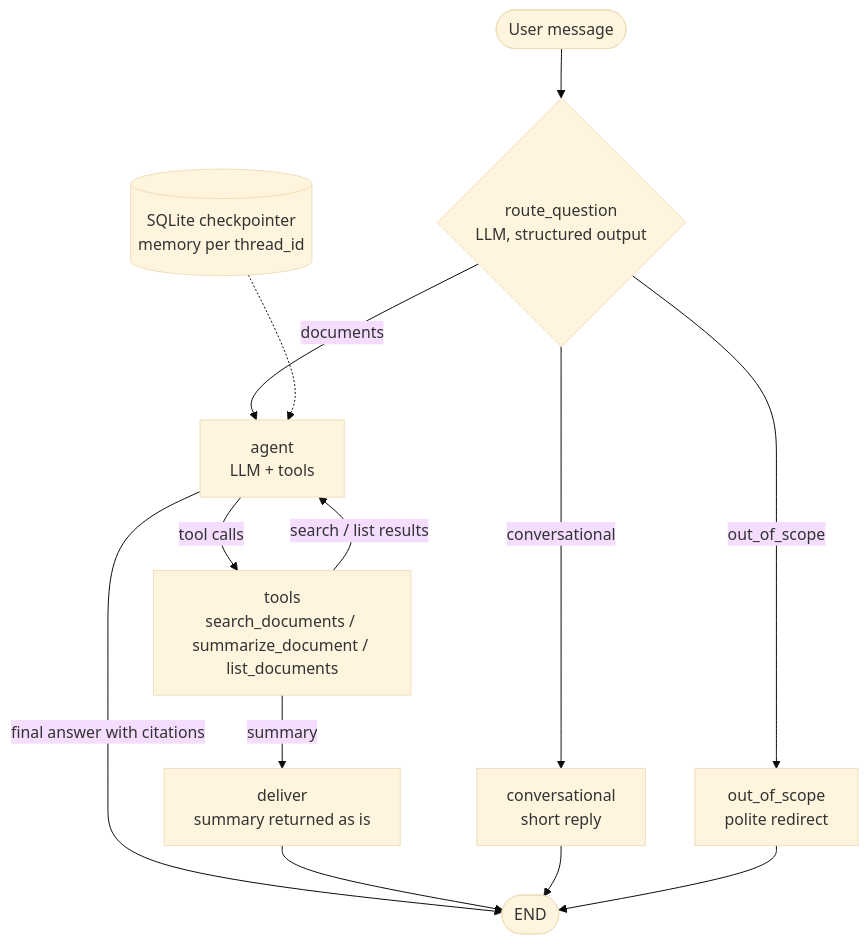
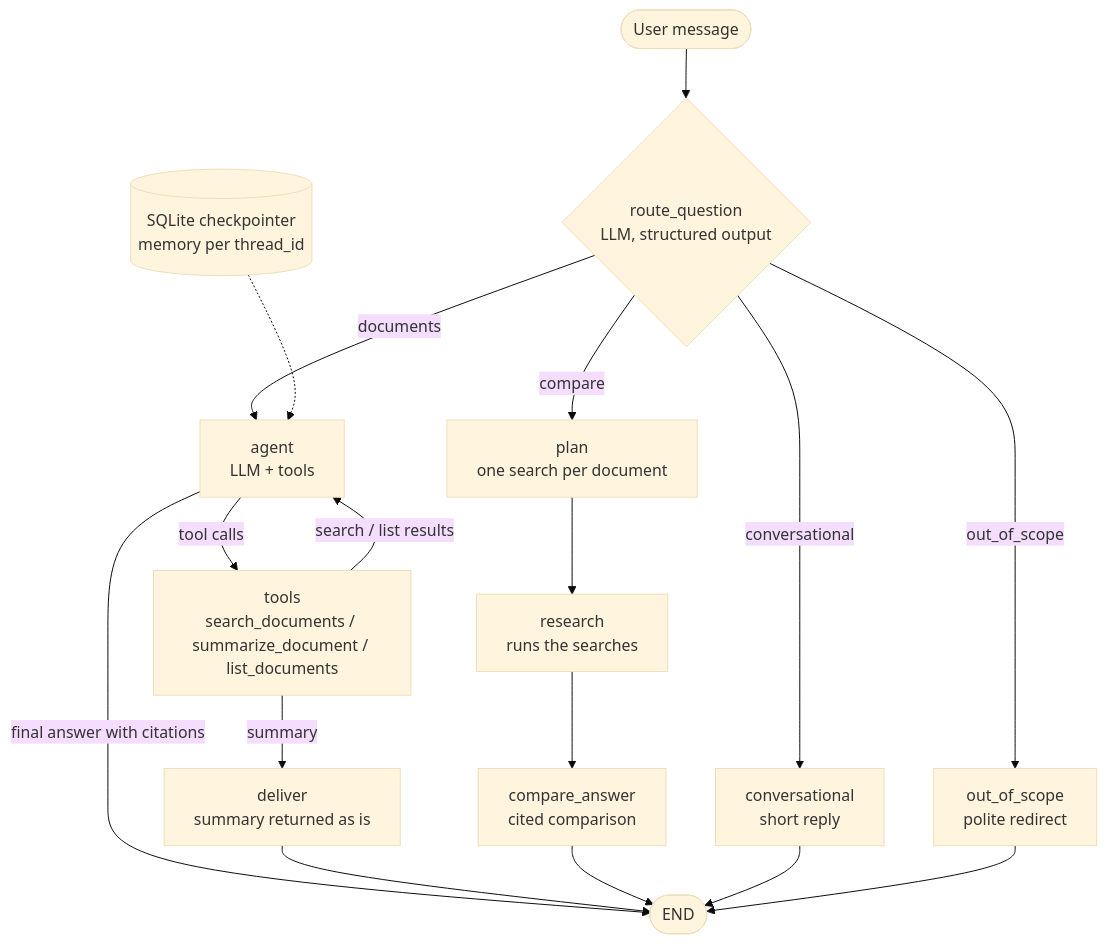
The diagram in README.md (fzee999/agentic-doc-assistant), drawn with Mermaid (base theme) before and after one commit. The commit also changed other lines of this file and 10 other files, not shown here.

````diff
--- a/README.md
+++ b/README.md
@@ -7,15 +7,19 @@
 ```mermaid
 flowchart TD
     S([User message]) --> R{route_question<br/>LLM, structured output}
     R -- documents --> A[agent<br/>LLM + tools]
+    R -- compare --> P[plan<br/>one search per document]
+    P --> RS[research<br/>runs the searches]
+    RS --> CA[compare_answer<br/>cited comparison]
     R -- conversational --> C[conversational<br/>short reply]
     R -- out_of_scope --> O[out_of_scope<br/>polite redirect]
     A -- tool calls --> T[tools<br/>search_documents / summarize_document / list_documents]
     T -- search / list results --> A
     T -- summary --> D[deliver<br/>summary returned as is]
     A -- final answer with citations --> E([END])
     D --> E
+    CA --> E
     C --> E
     O --> E
     M[(SQLite checkpointer<br/>memory per thread_id)] -.-> A
 ```
````
